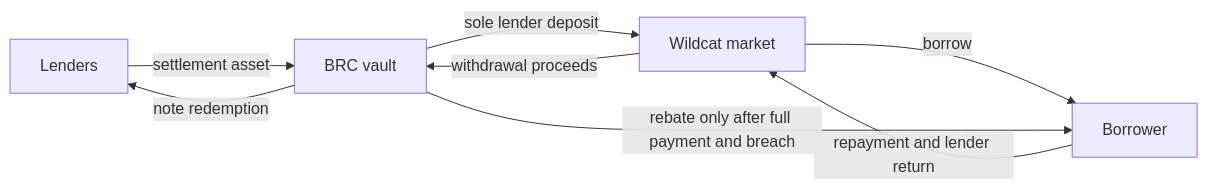
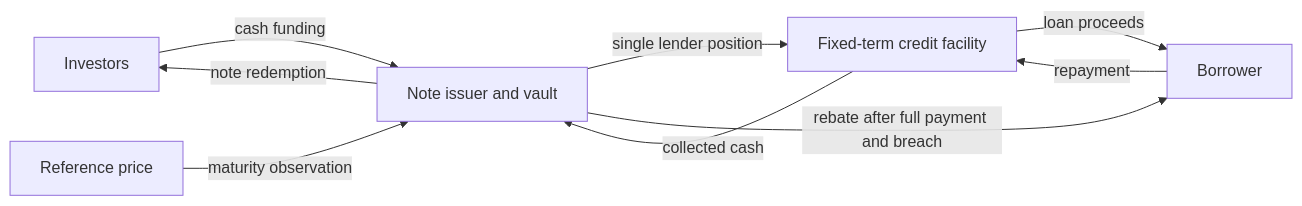
One commit to laurenceday/brc-research changed the first of 6 diagrams in docs/bd/infographics.md. Above: the diagram before and after it, drawn with Mermaid. The commit also changed other lines of this file and 25 other files, not shown here.

````diff
--- a/docs/bd/infographics.md
+++ b/docs/bd/infographics.md
@@ -9,10 +17,11 @@
 ```mermaid
 flowchart LR
-  L[Lenders] -->|settlement asset| V[BRC vault]
-  V -->|sole lender deposit| W[Wildcat market]
-  W -->|borrow| B[Borrower]
-  B -->|repayment and lender return| W
-  W -->|withdrawal proceeds| V
-  V -->|note redemption| L
-  V -->|rebate only after full payment and breach| B
+  I[Investors] -->|cash funding| N[Note issuer and vault]
+  N -->|single lender position| F[Fixed-term credit facility]
+  F -->|loan proceeds| B[Borrower]
+  B -->|repayment| F
+  F -->|collected cash| N
+  N -->|note redemption| I
+  N -->|rebate after full payment and breach| B
+  R[Reference price] -->|maturity observation| N
 ```
````
